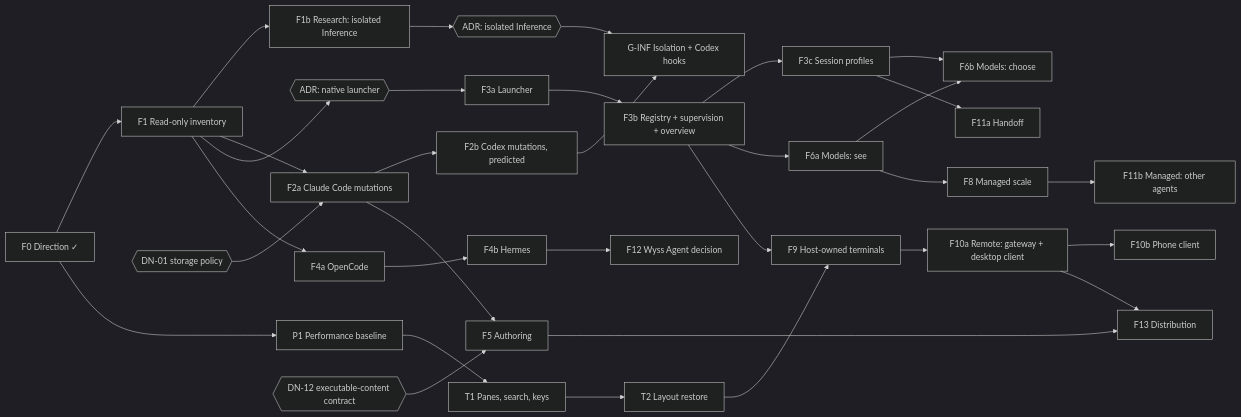
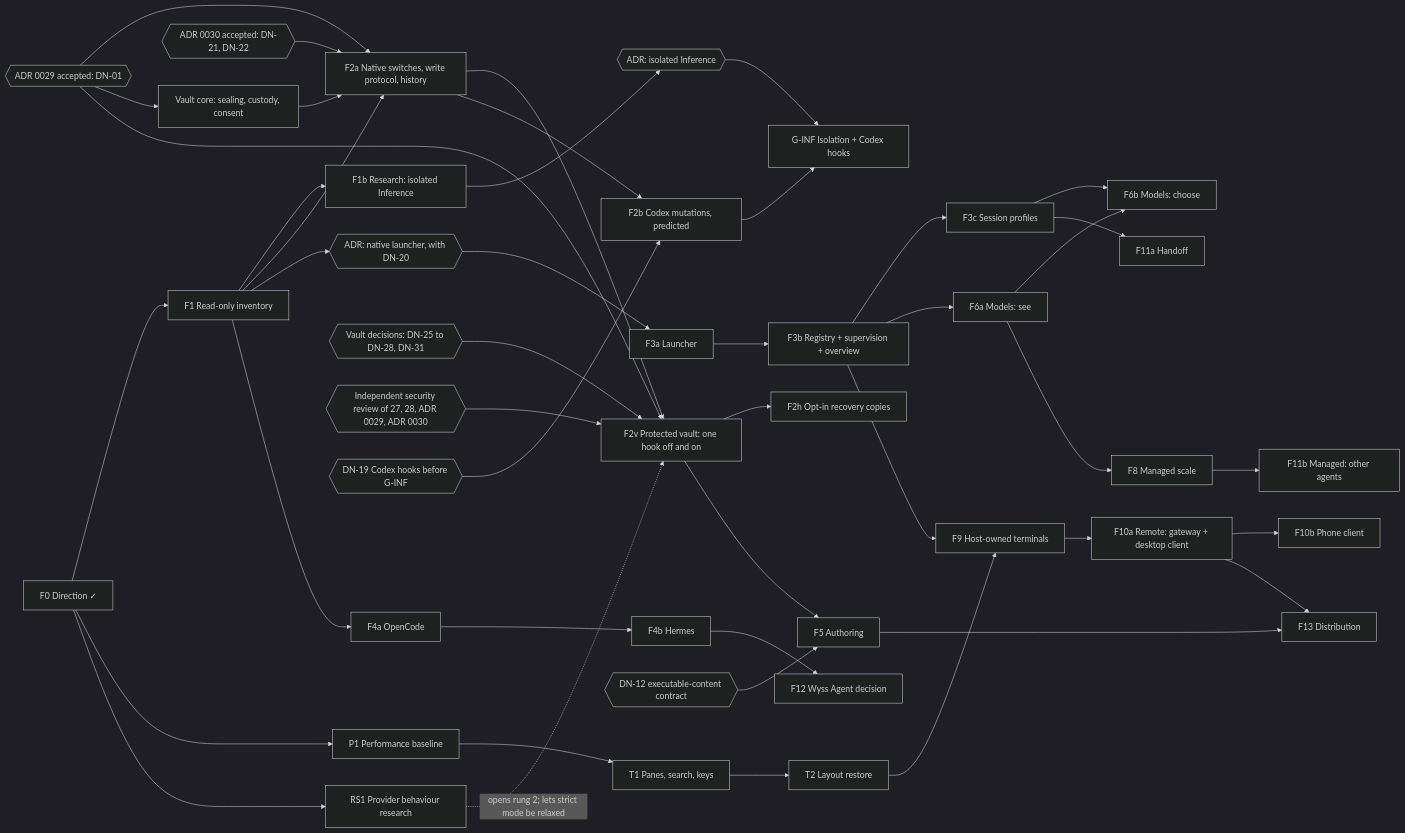
Before and after one commit to SaintWyss/wyss-console: the diagram in docs/architecture/19-IMPLEMENTATION-ROADMAP.md, drawn with Mermaid (dark theme). The commit also changed other lines of this file and 28 other files, not shown here.

````diff
--- a/docs/architecture/19-IMPLEMENTATION-ROADMAP.md
+++ b/docs/architecture/19-IMPLEMENTATION-ROADMAP.md
@@ -32,29 +32,40 @@
 ```mermaid
 flowchart LR
   F0[F0 Direction ✓] --> F1[F1 Read-only inventory]
   F0 --> P1[P1 Performance baseline]
+  F0 --> RS1[RS1 Provider behaviour research]
   F1 --> F1b[F1b Research: isolated Inference]
-  F1 --> F2a[F2a Claude Code mutations]
-  DN01{{DN-01 storage policy}} --> F2a
+  F1 --> F2a[F2a Native switches, write protocol, history]
+  ADR29{{ADR 0029 accepted: DN-01}} --> F2a
+  ADR30{{ADR 0030 accepted: DN-21, DN-22}} --> F2a
+  VC[Vault core: sealing, custody, consent] --> F2a
+  ADR29 --> VC
+  F2a --> F2v[F2v Protected vault: one hook off and on]
+  ADR29 --> F2v
+  DNV{{Vault decisions: DN-25 to DN-28, DN-31}} --> F2v
+  REV{{Independent security review of 27, 28, ADR 0029, ADR 0030}} --> F2v
+  RS1 -. opens rung 2; lets strict mode be relaxed .-> F2v
   F2a --> F2b[F2b Codex mutations, predicted]
+  DN19{{DN-19 Codex hooks before G-INF}} --> F2b
   F1b --> ADRI{{ADR: isolated Inference}} --> GINF[G-INF Isolation + Codex hooks]
   F2b --> GINF
-  F1 --> ADRN{{ADR: native launcher}} --> F3a[F3a Launcher]
+  F1 --> ADRN{{ADR: native launcher, with DN-20}} --> F3a[F3a Launcher]
   F3a --> F3b[F3b Registry + supervision + overview]
   F3b --> F3c[F3c Session profiles]
   F1 --> F4a[F4a OpenCode] --> F4b[F4b Hermes]
-  F2a --> F5[F5 Authoring]
+  F2v --> F2h[F2h Opt-in recovery copies]
+  F2v --> F5[F5 Authoring]
   DN12{{DN-12 executable-content contract}} --> F5
   F3b --> F6a[F6a Models: see] --> F6b[F6b Models: choose]
   F3c --> F6b
   P1 --> T1[T1 Panes, search, keys] --> T2[T2 Layout restore]
   F3b --> F9[F9 Host-owned terminals]
   T2 --> F9
   F9 --> F10a[F10a Remote: gateway + desktop client] --> F10b[F10b Phone client]
   F3c --> F11a[F11a Handoff]
   F6a --> F8[F8 Managed scale]
   F8 --> F11b[F11b Managed: other agents]
   F4b --> F12[F12 Wyss Agent decision]
   F10a --> F13[F13 Distribution]
   F5 --> F13
 ```
````
